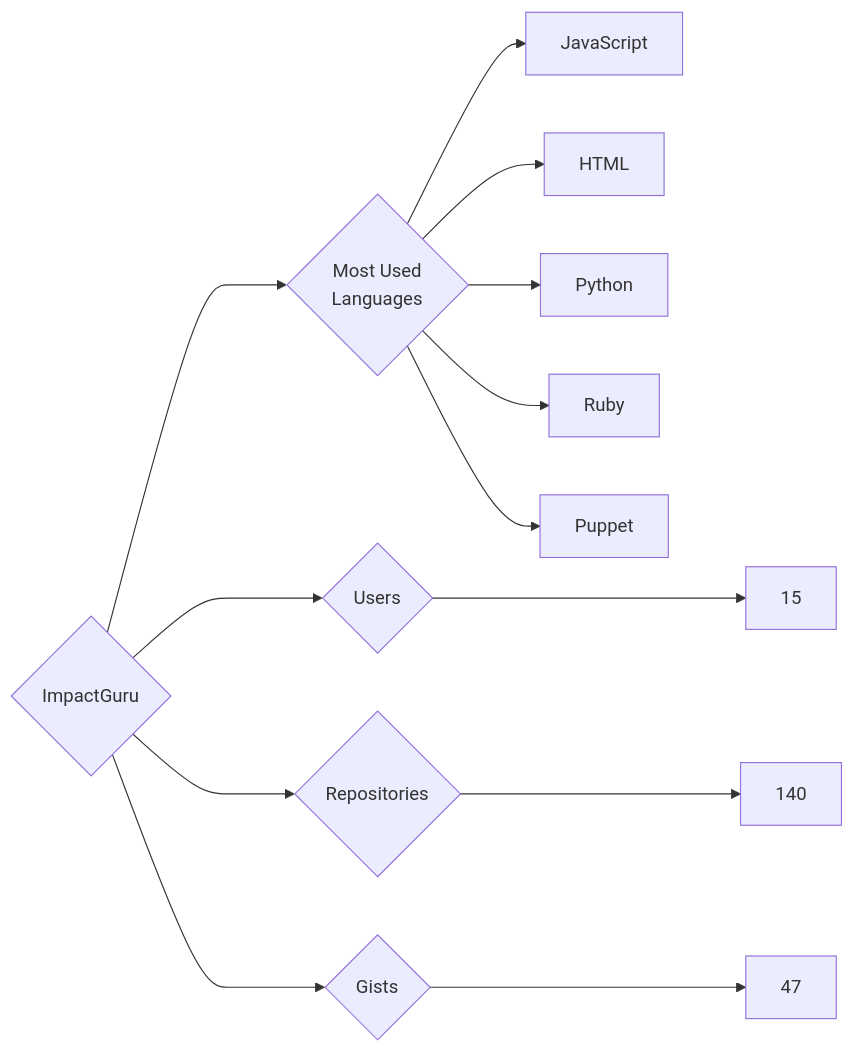
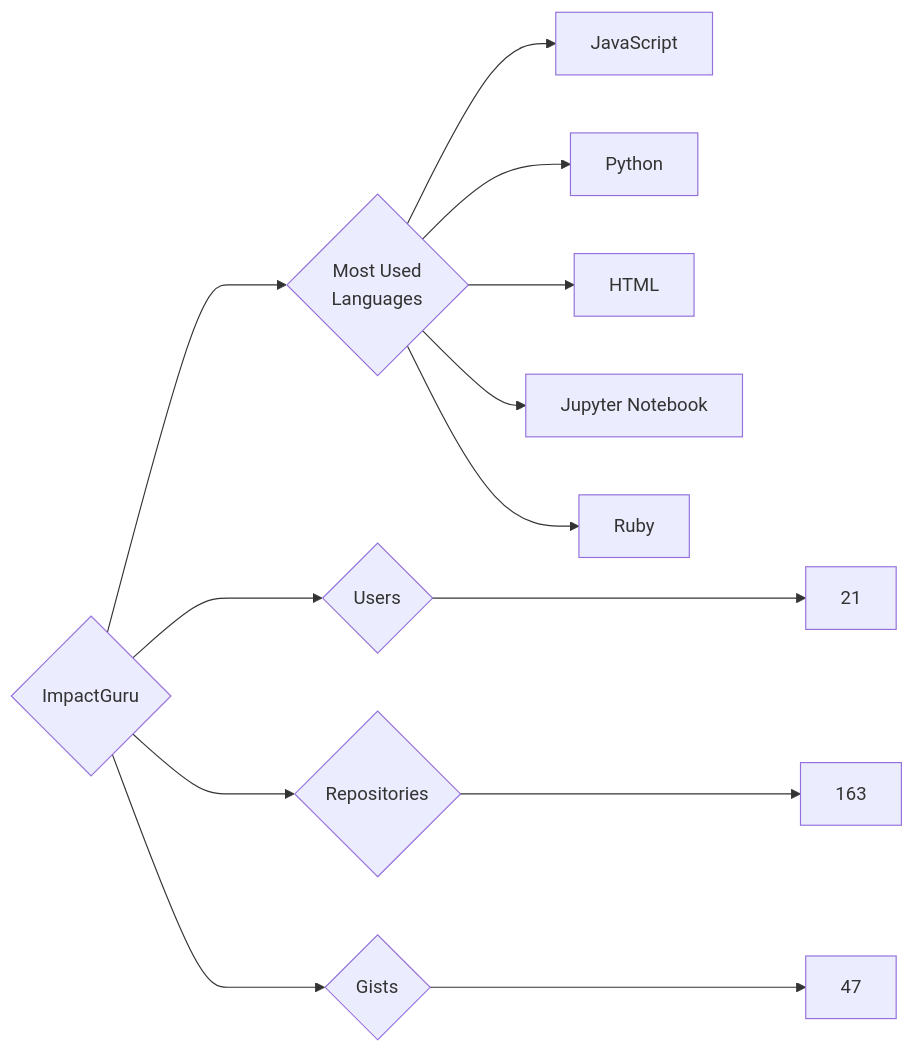
The diagram in targets/ImpactGuru/README.md (trickest/insiders), drawn with Mermaid before and after one commit. The commit also changed 823 other files, not shown here.

````diff
--- a/targets/ImpactGuru/README.md
+++ b/targets/ImpactGuru/README.md
@@ -3,13 +3,13 @@
 ```mermaid
 graph LR
 COMPANY_NAME{ImpactGuru}
-COMPANY_NAME ---> U{Users} ---> UN[15]
-COMPANY_NAME ---> R{Repositories} ---> RN[140]
+COMPANY_NAME ---> U{Users} ---> UN[21]
+COMPANY_NAME ---> R{Repositories} ---> RN[163]
 COMPANY_NAME ---> G{Gists} ---> GN[47]
 COMPANY_NAME ---> ML{Most Used<br>Languages}
 ML --> JavaScript[JavaScript]
+ML --> Python[Python]
 ML --> HTML[HTML]
-ML --> Python[Python]
+ML --> Jupyter_Notebook[Jupyter Notebook]
 ML --> Ruby[Ruby]
-ML --> Puppet[Puppet]
 ```
````
